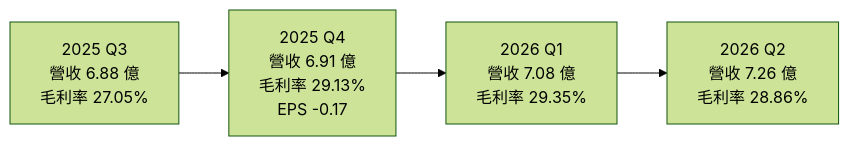
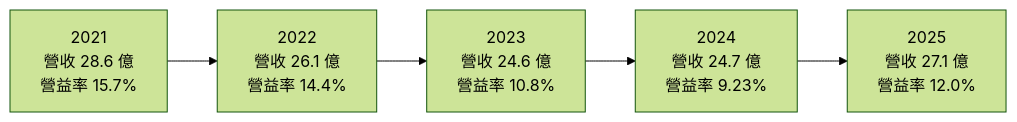
Before and after one commit to wangnick1004/taiwan-stock-vault: the third of 4 diagrams in 個股/台股/3317尼克森.md, drawn with Mermaid (forest theme). The commit also changed other lines of this file and 142 other files, not shown here.

````diff
--- a/個股/台股/3317尼克森.md
+++ b/個股/台股/3317尼克森.md
@@ -132,4 +130,4 @@
 ```mermaid
 flowchart LR
-    Q3["2025 Q3<br/>營收 6.88 億<br/>毛利率 27.05%"] --> Q4["2025 Q4<br/>營收 6.91 億<br/>毛利率 29.13%<br/>EPS -0.17"] --> Q1["2026 Q1<br/>營收 7.08 億<br/>毛利率 29.35%"] --> Q2["2026 Q2<br/>營收 7.26 億<br/>毛利率 28.86%"]
+    Y21["2021<br/>營收 28.6 億<br/>營益率 15.7%"] --> Y22["2022<br/>營收 26.1 億<br/>營益率 14.4%"] --> Y23["2023<br/>營收 24.6 億<br/>營益率 10.8%"] --> Y24["2024<br/>營收 24.7 億<br/>營益率 9.23%"] --> Y25["2025<br/>營收 27.1 億<br/>營益率 12.0%"]
 ```
````
